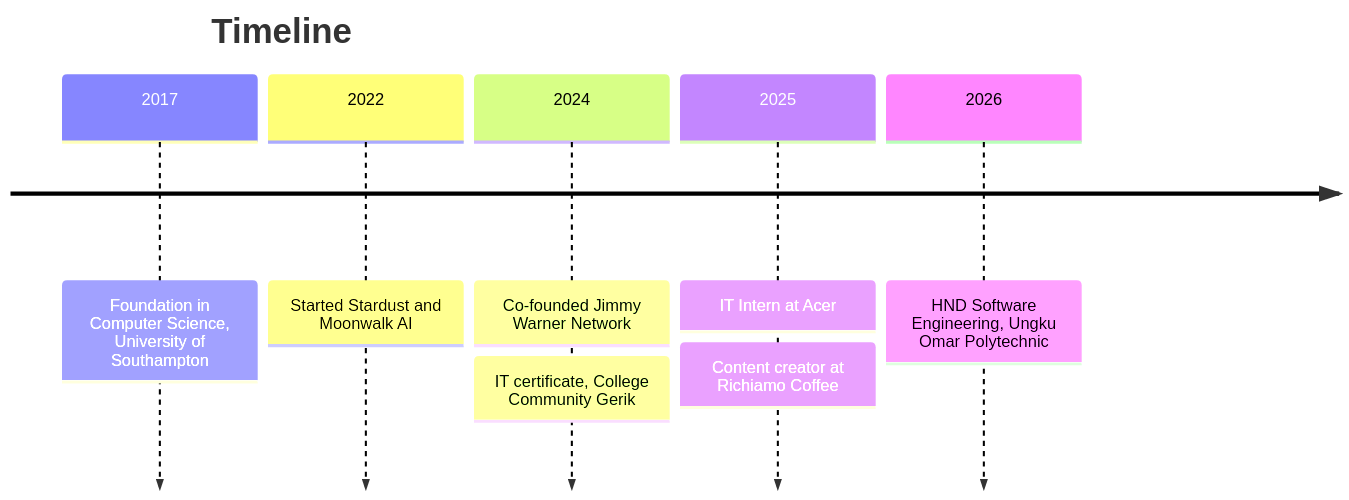
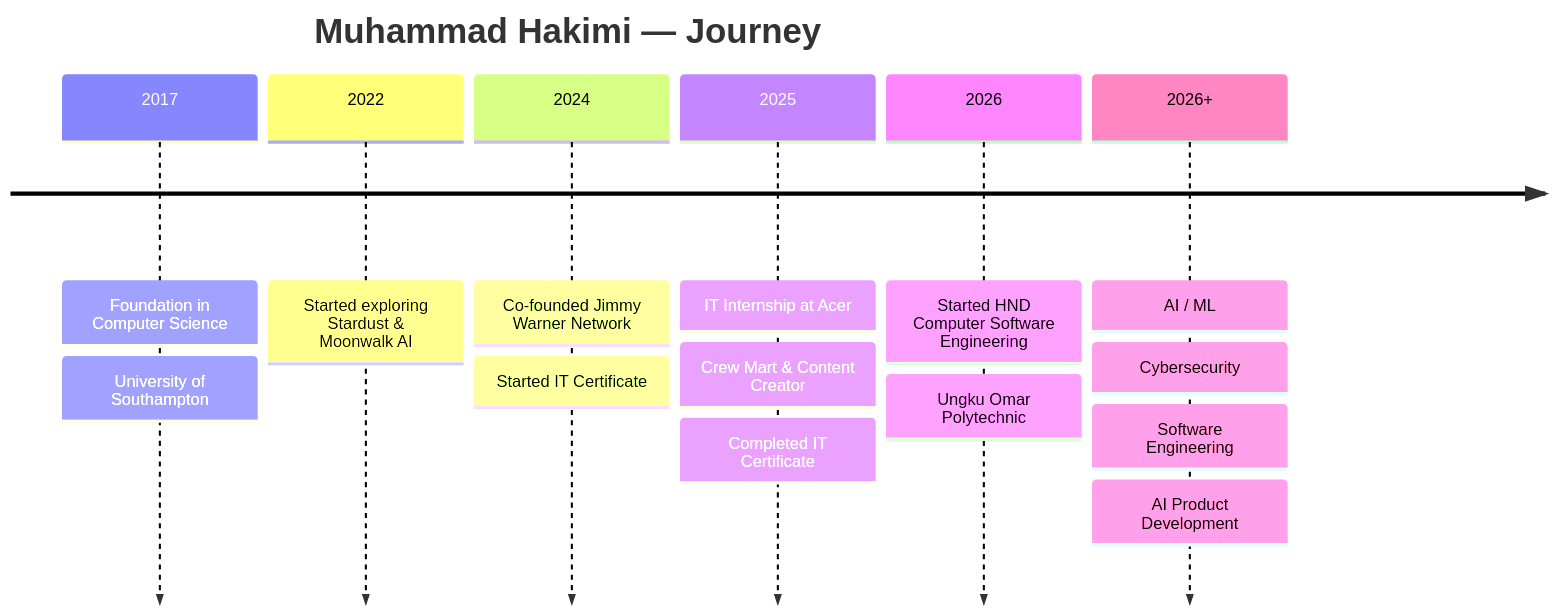
The diagram in README.md (JimmyWarner9/JimmyWarner9), drawn with Mermaid before and after one commit. The commit also changed other lines of this file, not shown here.

First line of the commit message:
Revise README for clarity and updated content

````diff
--- a/README.md
+++ b/README.md
@@ -64,11 +255,24 @@
 ```mermaid
 timeline
-    title Timeline
-    2017 : Foundation in Computer Science, University of Southampton
-    2022 : Started Stardust and Moonwalk AI
+    title Muhammad Hakimi — Journey
+
+    2017 : Foundation in Computer Science
+         : University of Southampton
+
+    2022 : Started exploring Stardust & Moonwalk AI
+
     2024 : Co-founded Jimmy Warner Network
-         : IT certificate, College Community Gerik
-    2025 : IT Intern at Acer
-         : Content creator at Richiamo Coffee
-    2026 : HND Software Engineering, Ungku Omar Polytechnic
+         : Started IT Certificate
+
+    2025 : IT Internship at Acer
+         : Crew Mart & Content Creator
+         : Completed IT Certificate
+
+    2026 : Started HND Computer Software Engineering
+         : Ungku Omar Polytechnic
+
+    2026+ : AI / ML
+          : Cybersecurity
+          : Software Engineering
+          : AI Product Development
 ```
````
